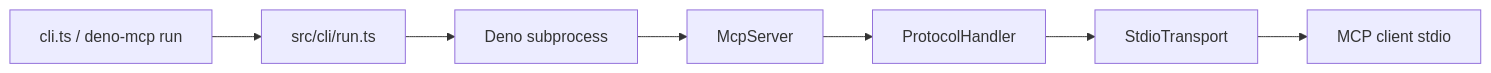
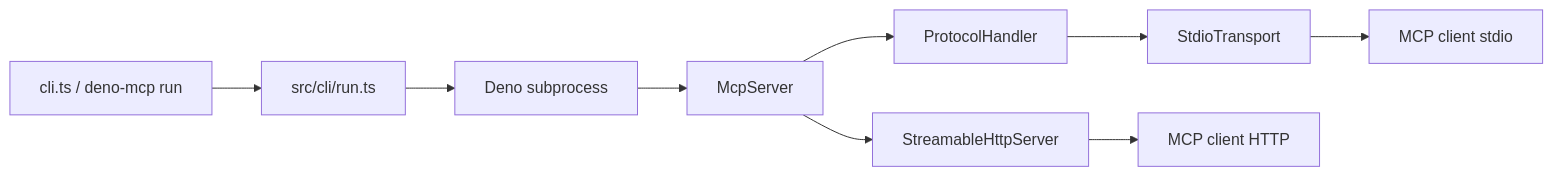
One commit to kellenff/deno-mcp changed the diagram in README.md. Above: the diagram before and after it, drawn with Mermaid. The commit also changed other lines of this file and 7 other files, not shown here.

First line of the commit message:
Add Streamable HTTP transport in JSON response mode.

````diff
--- a/README.md
+++ b/README.md
@@ -147,9 +169,11 @@
 ```mermaid
 flowchart LR
   CLI[cli.ts / deno-mcp run] --> Run[src/cli/run.ts]
   Run --> Deno[Deno subprocess]
   Deno --> Server[McpServer]
   Server --> Handler[ProtocolHandler]
   Handler --> Stdio[StdioTransport]
-  Stdio --> Client[MCP client stdio]
+  Stdio --> ClientStdio[MCP client stdio]
+  Server --> Http[StreamableHttpServer]
+  Http --> ClientHttp[MCP client HTTP]
 ```
````
